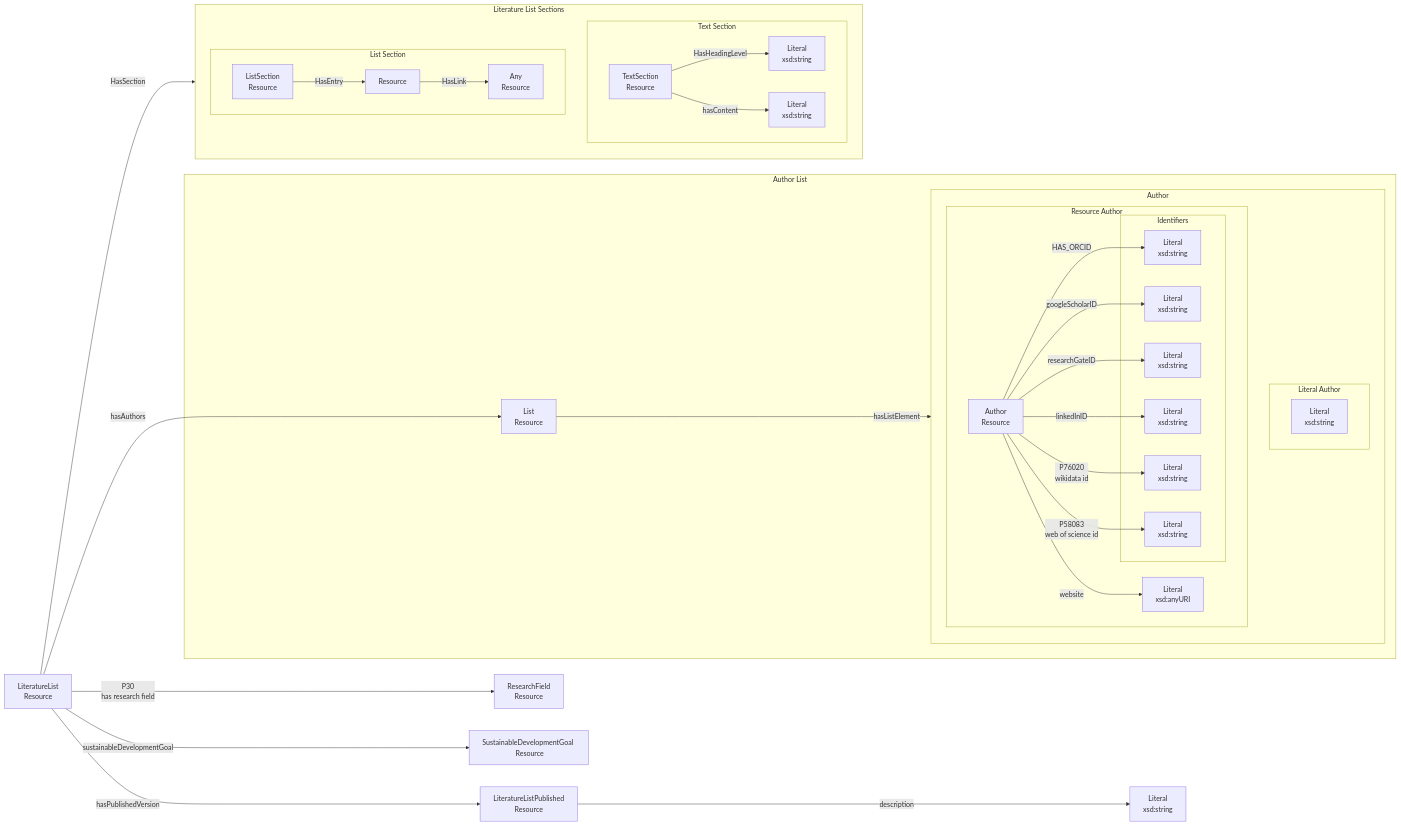
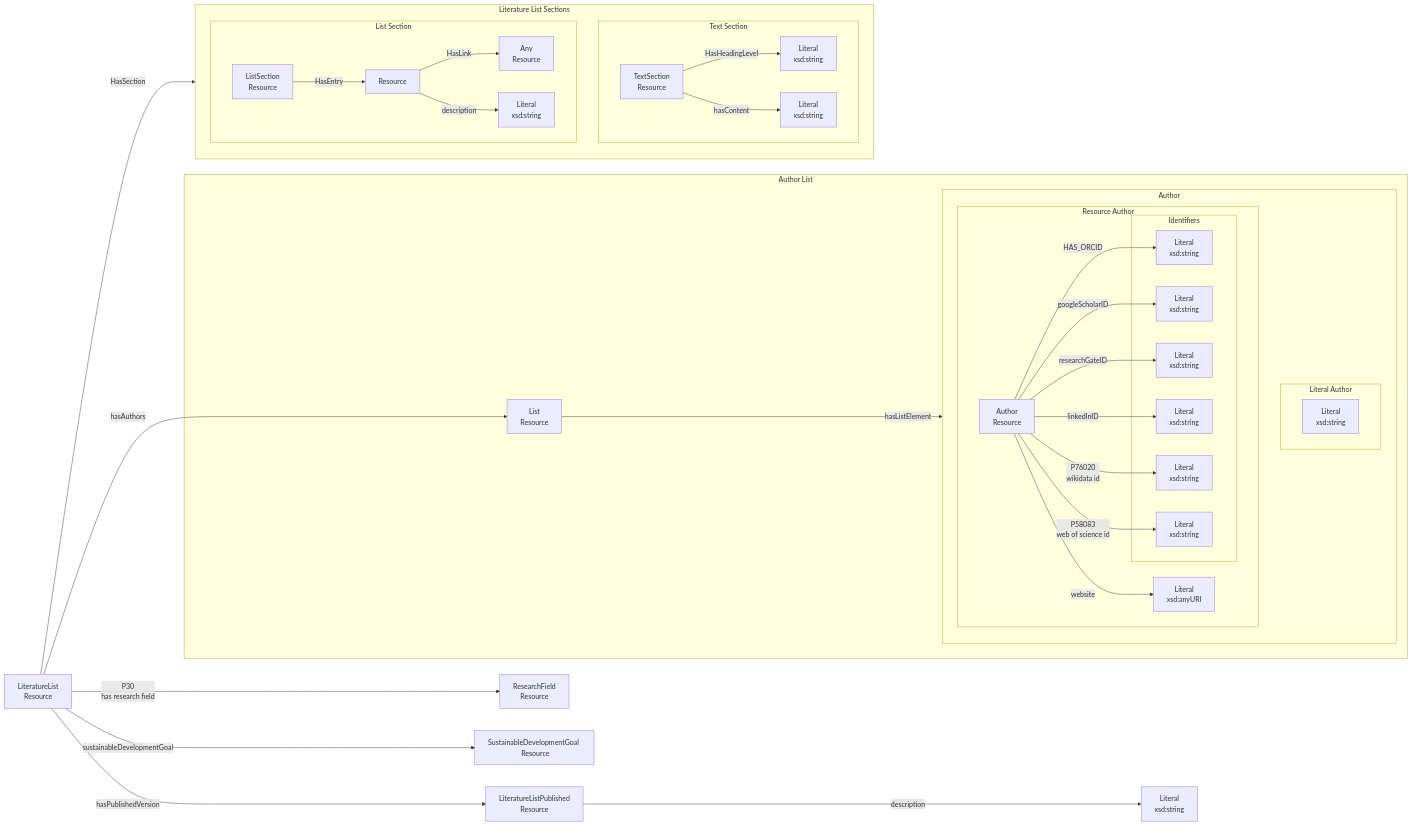
The diagram in documentation/antora/modules/ROOT/pages/reference/model/literature-list.adoc (TIBHannover/orkg-backend), drawn with Mermaid before and after one commit. The commit also changed 22 other files, not shown here.

```diff
--- a/documentation/antora/modules/ROOT/pages/reference/model/literature-list.adoc
+++ b/documentation/antora/modules/ROOT/pages/reference/model/literature-list.adoc
@@ -3,47 +3,48 @@
 [mermaid,width=100%]
 ----
 flowchart LR
     LiteratureListPublished[LiteratureListPublished \n Resource] --> |"description"| description[Literal \n xsd:string]
 	LiteratureList[LiteratureList \n Resource] --> |"hasPublishedVersion"| LiteratureListPublished
     LiteratureList --> |"hasAuthors"| authorList[List \n Resource]
 	LiteratureList --> |"P30 \n has research field"| researchField[ResearchField \n Resource]
     subgraph Author List
         authorList --> |"hasListElement"| Author
 		subgraph Author
 			subgraph Literal Author
 				literalAuthor[Literal \n xsd:string]
 			end
 			subgraph Resource Author
 				resourceAuthor[Author \n Resource] --> |"website"| resourceAuthorWebsite[Literal \n xsd:anyURI]
 				resourceAuthor --> |"HAS_ORCID"| orcid[Literal \n xsd:string]
 				resourceAuthor --> |"googleScholarID"| googleScholarID[Literal \n xsd:string]
 				resourceAuthor --> |"researchGateID"| researchGateID[Literal \n xsd:string]
 				resourceAuthor --> |"linkedInID"| linkedInID[Literal \n xsd:string]
 				resourceAuthor --> |"P76020 \n wikidata id"| wikidataId[Literal \n xsd:string]
 				resourceAuthor --> |"P58083 \n web of science id"| webOfScienceId[Literal \n xsd:string]
 				subgraph Identifiers
 					orcid
 					googleScholarID
 					researchGateID
 					linkedInID
 					wikidataId
 					webOfScienceId
 				end
 			end
 		end
     end
 	LiteratureList --> |"HasSection"| literatureListSections
 	subgraph literatureListSections[Literature List Sections]
 		listSection[ListSection \n Resource]
 		textSection[TextSection \n Resource]
 		subgraph Text Section
 			textSection --> |"HasHeadingLevel"| headingLevel[Literal \n xsd:string]
 			textSection --> |"hasContent"| content[Literal \n xsd:string]
 		end
 		subgraph List Section
 			listSection --> |"HasEntry"| entry[Resource]
 			entry --> |"HasLink"| any[Any \n Resource]
+            entry --> |"description"| entryDescription[Literal \n xsd:string]
 		end
 	end
 	LiteratureList --> |"sustainableDevelopmentGoal"| sdg[SustainableDevelopmentGoal \n Resource]
 ----
```
